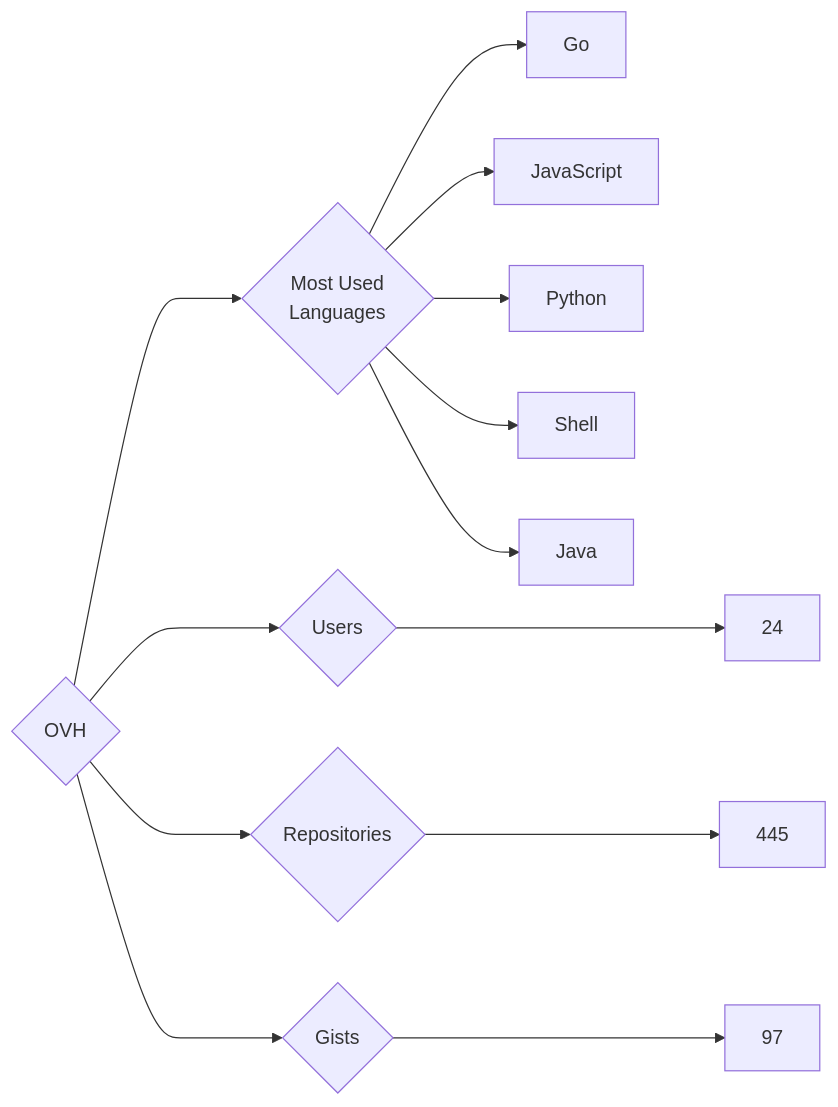
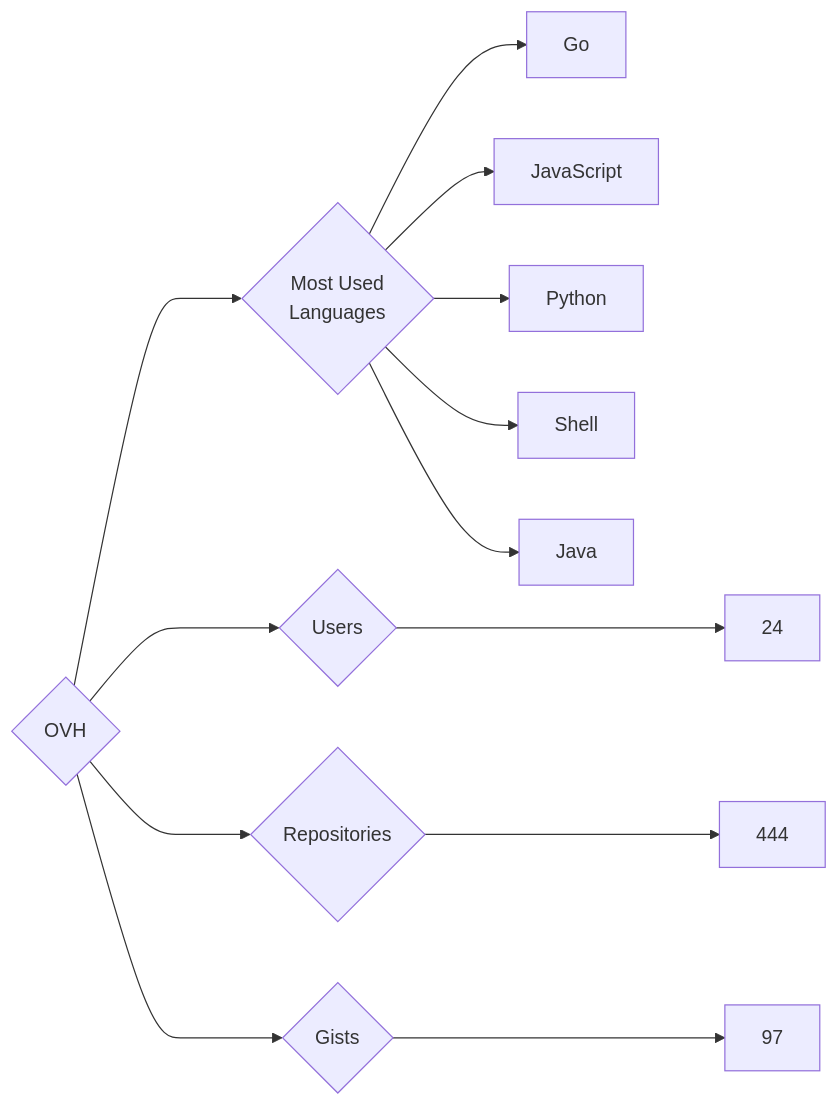
One commit to trickest/insiders changed the diagram in targets/OVH/README.md. Above: the diagram before and after it, drawn with Mermaid. The commit also changed 928 other files, not shown here.

````diff
--- a/targets/OVH/README.md
+++ b/targets/OVH/README.md
@@ -3,13 +3,13 @@
 ```mermaid
 graph LR
 COMPANY_NAME{OVH}
 COMPANY_NAME ---> U{Users} ---> UN[24]
-COMPANY_NAME ---> R{Repositories} ---> RN[445]
+COMPANY_NAME ---> R{Repositories} ---> RN[444]
 COMPANY_NAME ---> G{Gists} ---> GN[97]
 COMPANY_NAME ---> ML{Most Used<br>Languages}
 ML --> Go[Go]
 ML --> JavaScript[JavaScript]
 ML --> Python[Python]
 ML --> Shell[Shell]
 ML --> Java[Java]
 ```
````
